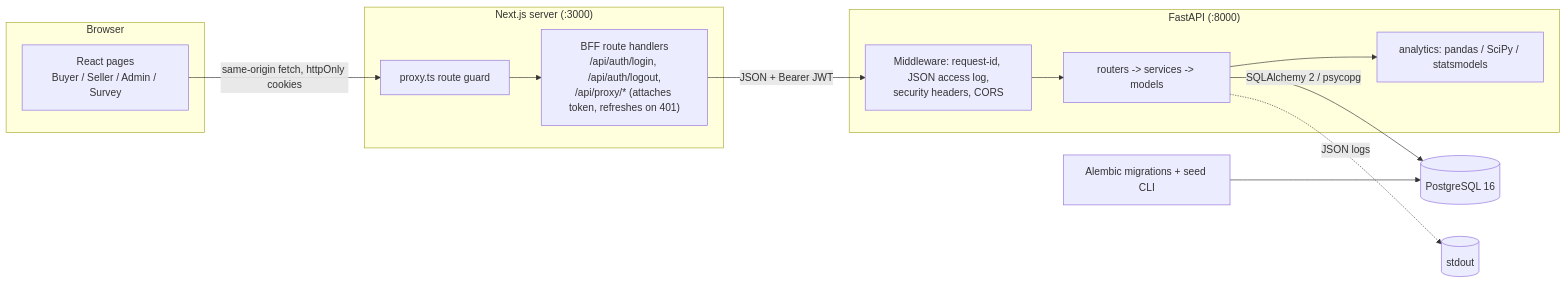
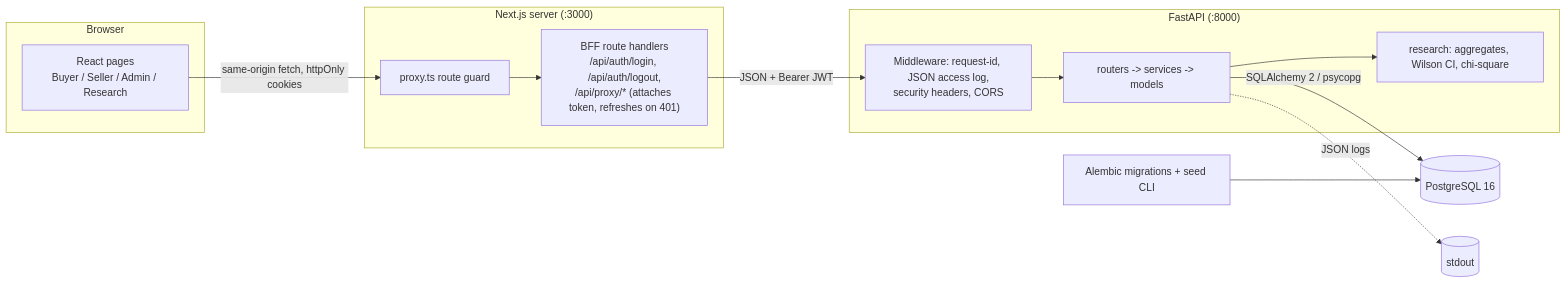
The first of 4 diagrams in docs/02-architecture.md (Sahar7Mirza/bazar-af), drawn with Mermaid before and after one commit. The commit also changed 56 other files, not shown here.

First line of the commit message:
feat: live seller order alerts, public research page, remove survey

````diff
--- a/docs/02-architecture.md
+++ b/docs/02-architecture.md
@@ -6,22 +6,22 @@
 ```mermaid
 flowchart LR
   subgraph Browser
-    UI[React pages<br/>Buyer / Seller / Admin / Survey]
+    UI[React pages<br/>Buyer / Seller / Admin / Research]
   end
   subgraph Web["Next.js server (:3000)"]
     GUARD[proxy.ts route guard]
     BFF["BFF route handlers<br/>/api/auth/login, /api/auth/logout,<br/>/api/proxy/* (attaches token, refreshes on 401)"]
   end
   subgraph Api["FastAPI (:8000)"]
     MW[Middleware: request-id, JSON access log,<br/>security headers, CORS]
     R[routers -> services -> models]
-    AN[analytics: pandas / SciPy / statsmodels]
+    AN[research: aggregates, Wilson CI, chi-square]
   end
   DB[(PostgreSQL 16)]
   UI -- same-origin fetch, httpOnly cookies --> GUARD --> BFF
   BFF -- JSON + Bearer JWT --> MW --> R
   R --> AN
   R -- SQLAlchemy 2 / psycopg --> DB
   R -. JSON logs .-> LOG[(stdout)]
   OPS[Alembic migrations + seed CLI] --> DB
 ```
````
